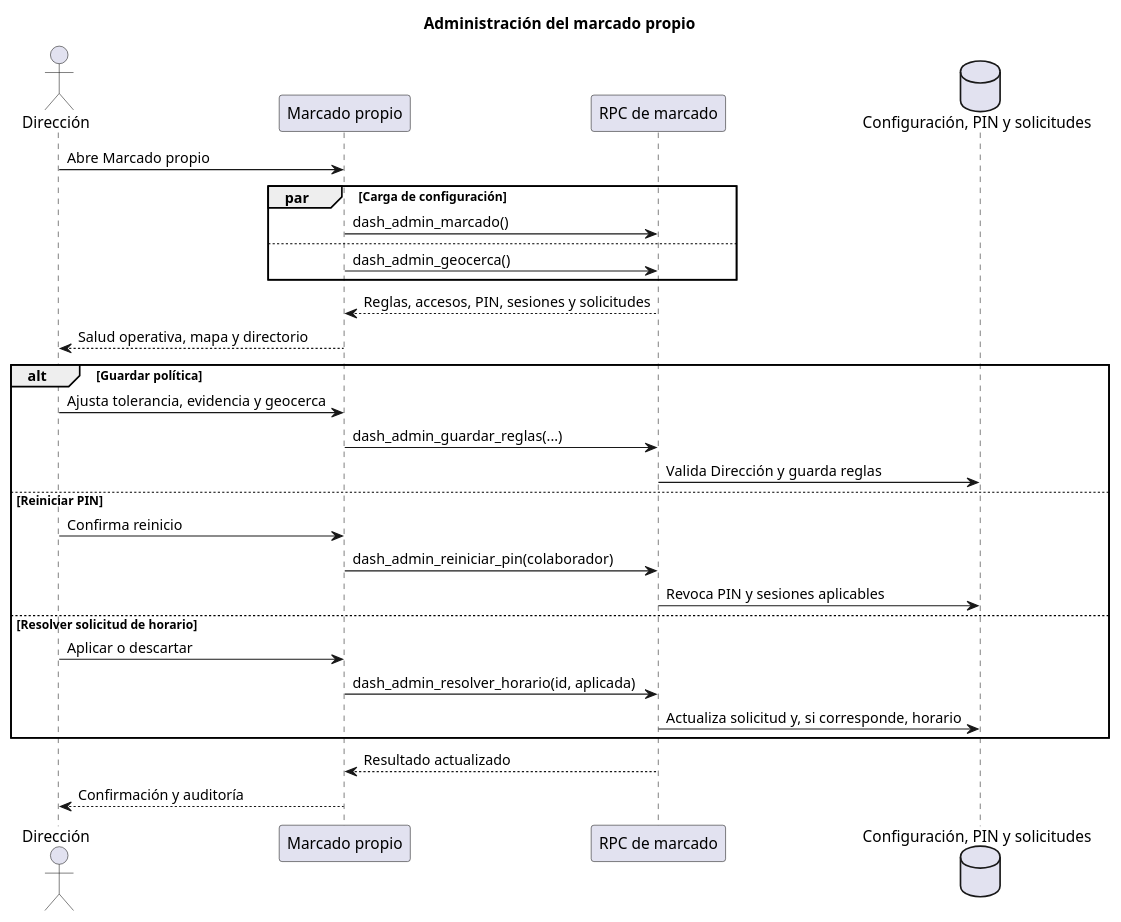
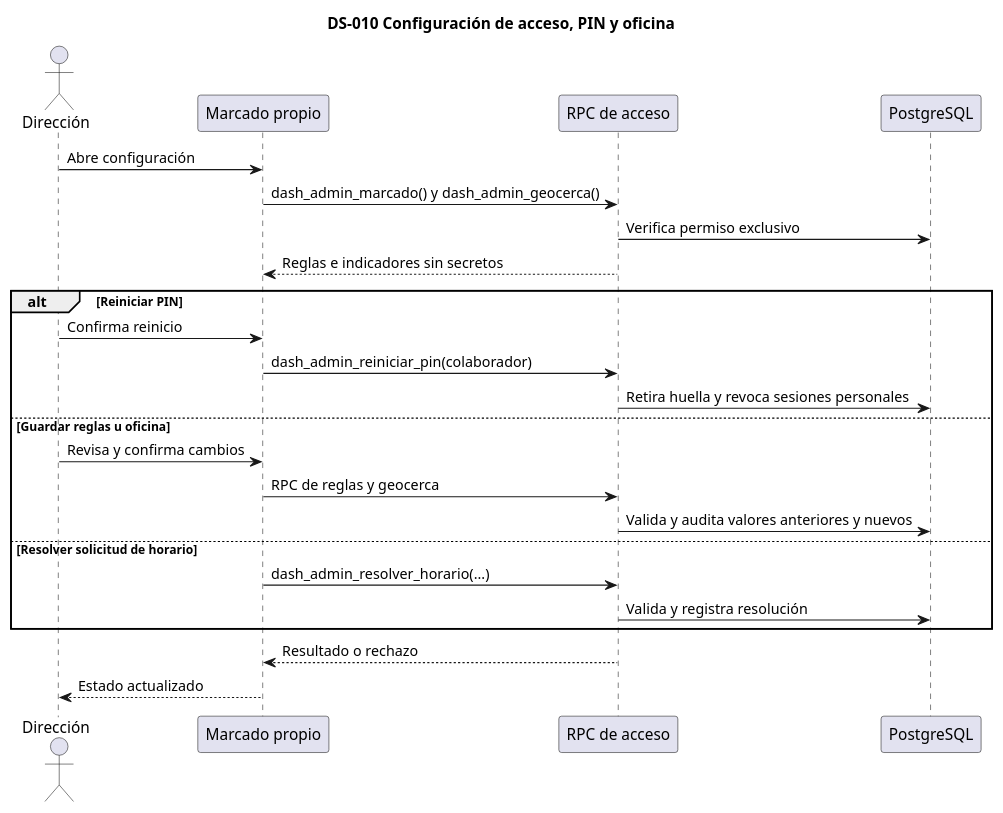
The tenth of 22 diagrams in docs/21-diagramas-secuencia-administracion-plantuml.md (kjabienestar-ux/KJA), drawn with PlantUML before and after one commit. The commit also changed other lines of this file and 4 other files, not shown here.

````diff
--- a/docs/21-diagramas-secuencia-administracion-plantuml.md
+++ b/docs/21-diagramas-secuencia-administracion-plantuml.md
@@ -312,33 +324,27 @@
 ```plantuml
 @startuml
-title Administración del marcado propio
-actor Dirección as Dir
-participant "Marcado propio" as Web
-participant "RPC de marcado" as RPC
-database "Configuración, PIN y solicitudes" as DB
-
-Dir -> Web: Abre Marcado propio
-par Carga de configuración
-  Web -> RPC: dash_admin_marcado()
-else
-  Web -> RPC: dash_admin_geocerca()
+title DS-010 Configuración de acceso, PIN y oficina
+actor "Dirección" as U
+participant "Marcado propio" as W
+participant "RPC de acceso" as R
+participant "PostgreSQL" as B
+U -> W: Abre configuración
+W -> R: dash_admin_marcado() y dash_admin_geocerca()
+R -> B: Verifica permiso exclusivo
+R --> W: Reglas e indicadores sin secretos
+alt Reiniciar PIN
+U -> W: Confirma reinicio
+W -> R: dash_admin_reiniciar_pin(colaborador)
+R -> B: Retira huella y revoca sesiones personales
+else Guardar reglas u oficina
+U -> W: Revisa y confirma cambios
+W -> R: RPC de reglas y geocerca
+R -> B: Valida y audita valores anteriores y nuevos
+else Resolver solicitud de horario
+W -> R: dash_admin_resolver_horario(...)
+R -> B: Valida y registra resolución
 end
-RPC --> Web: Reglas, accesos, PIN, sesiones y solicitudes
-Web --> Dir: Salud operativa, mapa y directorio
-alt Guardar política
-  Dir -> Web: Ajusta tolerancia, evidencia y geocerca
-  Web -> RPC: dash_admin_guardar_reglas(...)
-  RPC -> DB: Valida Dirección y guarda reglas
-else Reiniciar PIN
-  Dir -> Web: Confirma reinicio
-  Web -> RPC: dash_admin_reiniciar_pin(colaborador)
-  RPC -> DB: Revoca PIN y sesiones aplicables
-else Resolver solicitud de horario
-  Dir -> Web: Aplicar o descartar
-  Web -> RPC: dash_admin_resolver_horario(id, aplicada)
-  RPC -> DB: Actualiza solicitud y, si corresponde, horario
-end
-RPC --> Web: Resultado actualizado
-Web --> Dir: Confirmación y auditoría
+R --> W: Resultado o rechazo
+W --> U: Estado actualizado
 @enduml
 ```
````
